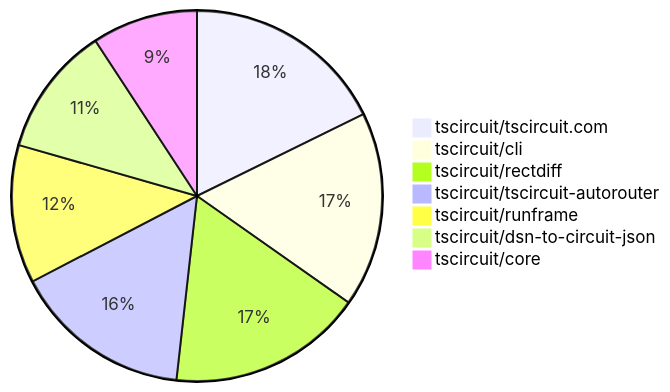
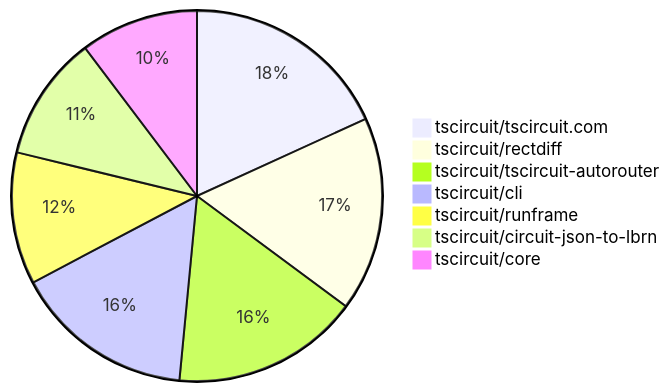
One commit to tscircuit/contribution-tracker changed the second of 2 diagrams in README.md. Above: the diagram before and after it, drawn with Mermaid. The commit also changed other lines of this file and 3 other files, not shown here.

````diff
--- a/README.md
+++ b/README.md
@@ -116,10 +119,10 @@
 ```mermaid
 pie
-    "tscircuit/tscircuit.com" : 25
-    "tscircuit/cli" : 24
-    "tscircuit/rectdiff" : 24
-    "tscircuit/tscircuit-autorouter" : 22
-    "tscircuit/runframe" : 17
-    "tscircuit/dsn-to-circuit-json" : 16
-    "tscircuit/core" : 13
+    "tscircuit/tscircuit.com" : 30
+    "tscircuit/rectdiff" : 28
+    "tscircuit/tscircuit-autorouter" : 27
+    "tscircuit/cli" : 26
+    "tscircuit/runframe" : 19
+    "tscircuit/circuit-json-to-lbrn" : 18
+    "tscircuit/core" : 17
 ```
````
